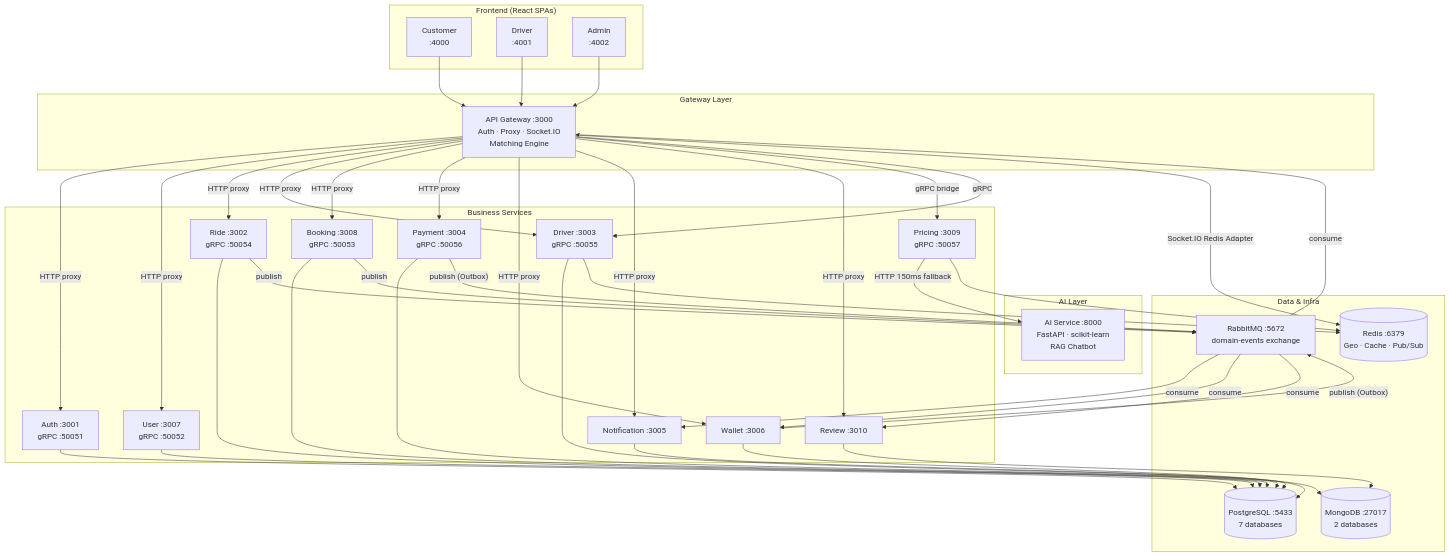
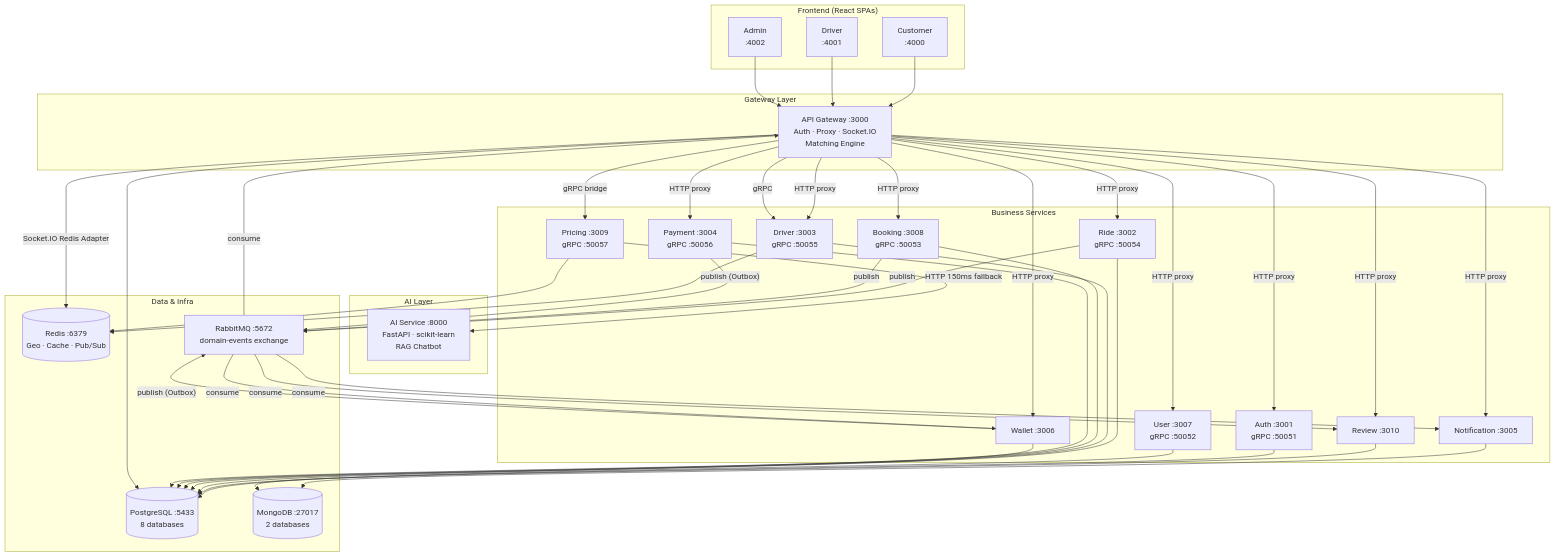
One commit to foxxiee04/Cab-Booking-System-Project changed the second of 7 diagrams in README.md. Above: the diagram before and after it, drawn with Mermaid. The commit also changed other lines of this file and 83 other files, not shown here.

````diff
--- a/README.md
+++ b/README.md
@@ -287,53 +300,54 @@
 ```mermaid
 graph TB
     subgraph Frontend ["Frontend (React SPAs)"]
         Customer["Customer\n:4000"]
         Driver["Driver\n:4001"]
         Admin["Admin\n:4002"]
     end
 
     subgraph Gateway ["Gateway Layer"]
         APIGW["API Gateway :3000\nAuth · Proxy · Socket.IO\nMatching Engine"]
     end
 
     subgraph BusinessServices ["Business Services"]
         Auth["Auth :3001\ngRPC :50051"]
         User["User :3007\ngRPC :50052"]
         Booking["Booking :3008\ngRPC :50053"]
         Ride["Ride :3002\ngRPC :50054"]
         DriverSvc["Driver :3003\ngRPC :50055"]
         Payment["Payment :3004\ngRPC :50056"]
         Pricing["Pricing :3009\ngRPC :50057"]
         Wallet["Wallet :3006"]
         Notification["Notification :3005"]
         Review["Review :3010"]
     end
 
     subgraph AILayer ["AI Layer"]
         AI["AI Service :8000\nFastAPI · scikit-learn\nRAG Chatbot"]
     end
 
     subgraph DataLayer ["Data & Infra"]
-        PG[("PostgreSQL :5433\n7 databases")]
+        PG[("PostgreSQL :5433\n8 databases")]
         Mongo[("MongoDB :27017\n2 databases")]
         Redis[("Redis :6379\nGeo · Cache · Pub/Sub")]
         Rabbit["RabbitMQ :5672\ndomain-events exchange"]
     end
 
     Customer & Driver & Admin --> APIGW
     APIGW -- "HTTP proxy" --> Auth & User & Ride & DriverSvc
     APIGW -- "HTTP proxy" --> Booking & Payment & Wallet & Notification & Review
     APIGW -- "gRPC bridge" --> Pricing
     APIGW -- "gRPC" --> DriverSvc
     Pricing -- "HTTP 150ms fallback" --> AI
 
     Auth & User & Ride & DriverSvc --> PG
     Booking & Payment & Wallet --> PG
+    APIGW --> PG
     Notification --> Mongo
     Review --> Mongo
     DriverSvc & Pricing --> Redis
     APIGW -- "Socket.IO Redis Adapter" --> Redis
     Ride & Booking -- "publish" --> Rabbit
     Payment & Wallet -- "publish (Outbox)" --> Rabbit
     Rabbit -- "consume" --> APIGW & Notification & Wallet & Review
 ```
````
